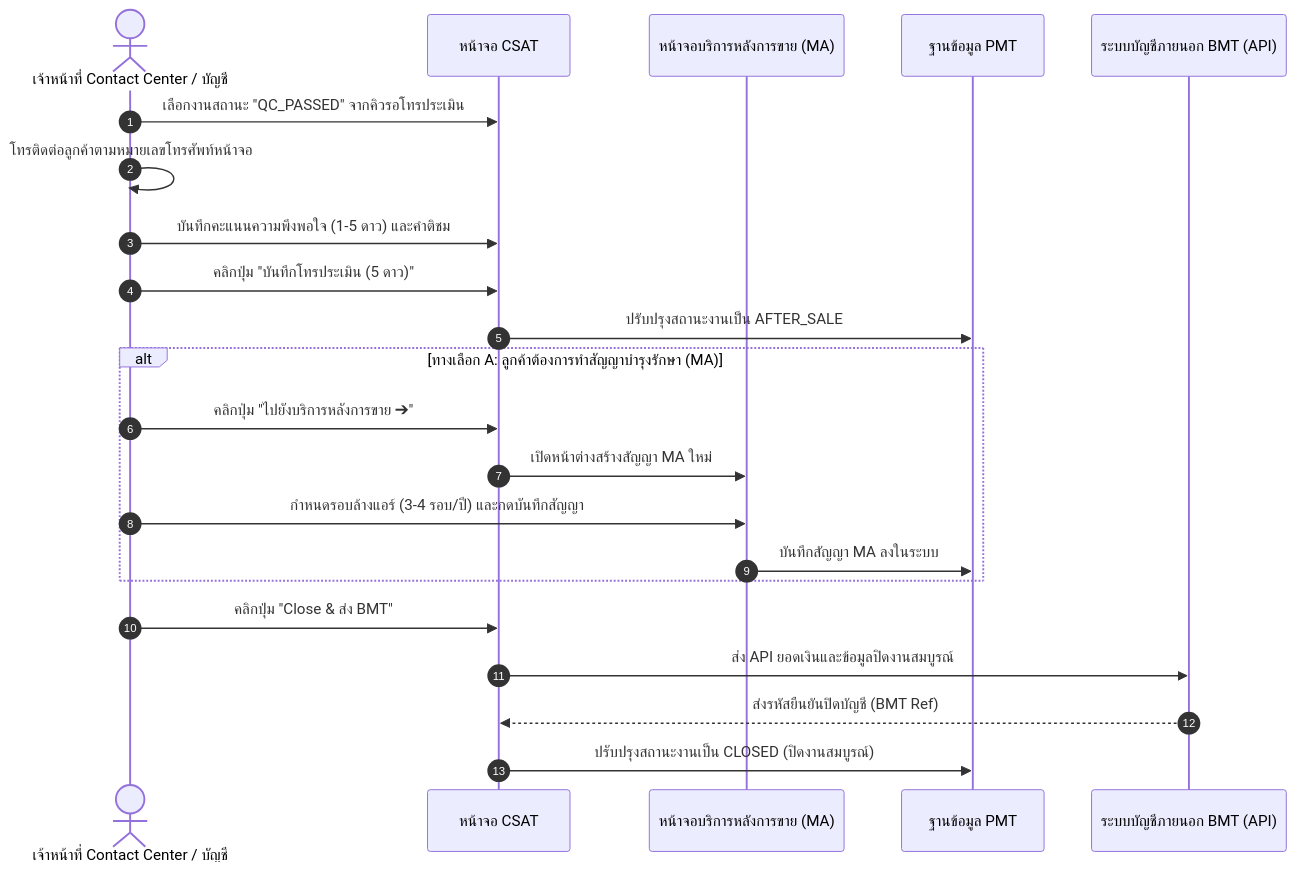
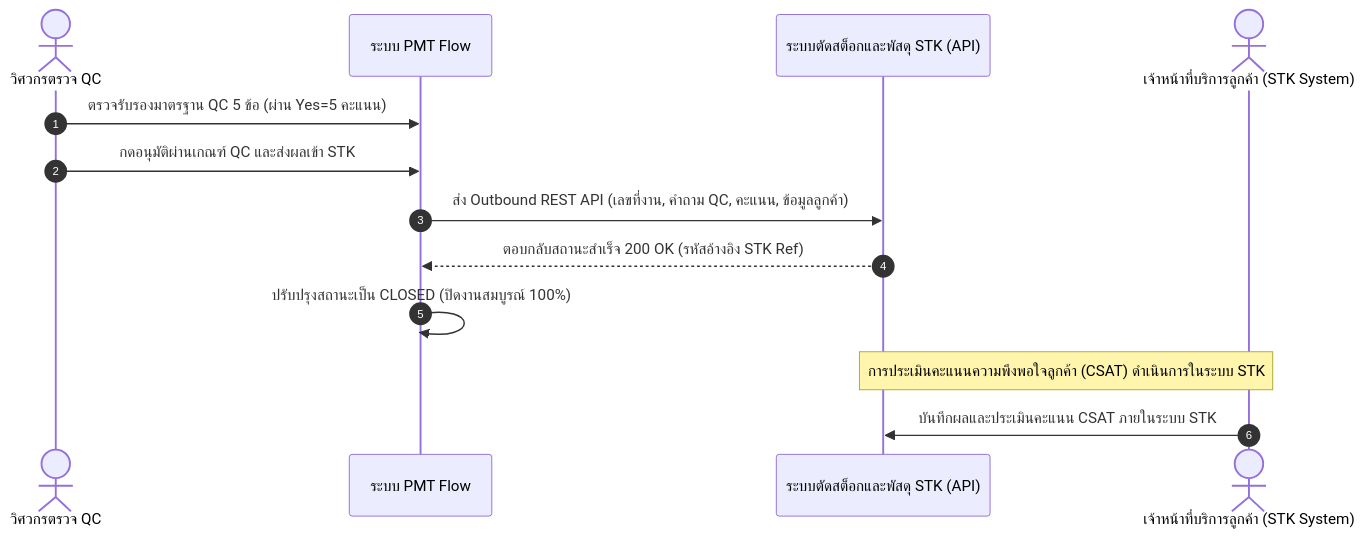
Before and after one commit to isarachootip/pmt_flow: the second of 2 diagrams in doc/คู่มือการใช้งาน_Step7_CSATและบริการหลังการขาย.md, drawn with Mermaid. The commit also changed other lines of this file and 3 other files, not shown here.

Commit message:
feat: migrate CSAT evaluation to external STK system and update job close modal, KPI cards and documentation

````diff
--- a/doc/คู่มือการใช้งาน_Step7_CSATและบริการหลังการขาย.md
+++ b/doc/คู่มือการใช้งาน_Step7_CSATและบริการหลังการขาย.md
@@ -56,25 +56,16 @@
 ```mermaid
 sequenceDiagram
     autonumber
-    actor Agent as เจ้าหน้าที่ Contact Center / บัญชี
-    participant CSAT as หน้าจอ CSAT
-    participant MA as หน้าจอบริการหลังการขาย (MA)
-    participant DB as ฐานข้อมูล PMT
-    participant BMT as ระบบบัญชีภายนอก BMT (API)
+    actor QC as วิศวกรตรวจ QC
+    participant PMT as ระบบ PMT Flow
+    participant STK as ระบบตัดสต็อกและพัสดุ STK (API)
+    actor CC as เจ้าหน้าที่บริการลูกค้า (STK System)
 
-    Agent->>CSAT: เลือกงานสถานะ "QC_PASSED" จากคิวรอโทรประเมิน
-    Agent->>Agent: โทรติดต่อลูกค้าตามหมายเลขโทรศัพท์หน้าจอ
-    Agent->>CSAT: บันทึกคะแนนความพึงพอใจ (1-5 ดาว) และคำติชม
-    Agent->>CSAT: คลิกปุ่ม "บันทึกโทรประเมิน (5 ดาว)"
-    CSAT->>DB: ปรับปรุงสถานะงานเป็น AFTER_SALE
-    alt ทางเลือก A: ลูกค้าต้องการทำสัญญาบำรุงรักษา (MA)
-        Agent->>CSAT: คลิกปุ่ม "ไปยังบริการหลังการขาย ➔"
-        CSAT->>MA: เปิดหน้าต่างสร้างสัญญา MA ใหม่
-        Agent->>MA: กำหนดรอบล้างแอร์ (3-4 รอบ/ปี) และกดบันทึกสัญญา
-        MA->>DB: บันทึกสัญญา MA ลงในระบบ
-    end
-    Agent->>CSAT: คลิกปุ่ม "Close & ส่ง BMT"
-    CSAT->>BMT: ส่ง API ยอดเงินและข้อมูลปิดงานสมบูรณ์
-    BMT-->>CSAT: ส่งรหัสยืนยันปิดบัญชี (BMT Ref)
-    CSAT->>DB: ปรับปรุงสถานะงานเป็น CLOSED (ปิดงานสมบูรณ์)
+    QC->>PMT: ตรวจรับรองมาตรฐาน QC 5 ข้อ (ผ่าน Yes=5 คะแนน)
+    QC->>PMT: กดอนุมัติผ่านเกณฑ์ QC และส่งผลเข้า STK
+    PMT->>STK: ส่ง Outbound REST API (เลขที่งาน, คำถาม QC, คะแนน, ข้อมูลลูกค้า)
+    STK-->>PMT: ตอบกลับสถานะสำเร็จ 200 OK (รหัสอ้างอิง STK Ref)
+    PMT->>PMT: ปรับปรุงสถานะเป็น CLOSED (ปิดงานสมบูรณ์ 100%)
+    Note over STK,CC: การประเมินคะแนนความพึงพอใจลูกค้า (CSAT) ดำเนินการในระบบ STK
+    CC->>STK: บันทึกผลและประเมินคะแนน CSAT ภายในระบบ STK
 ```
````
